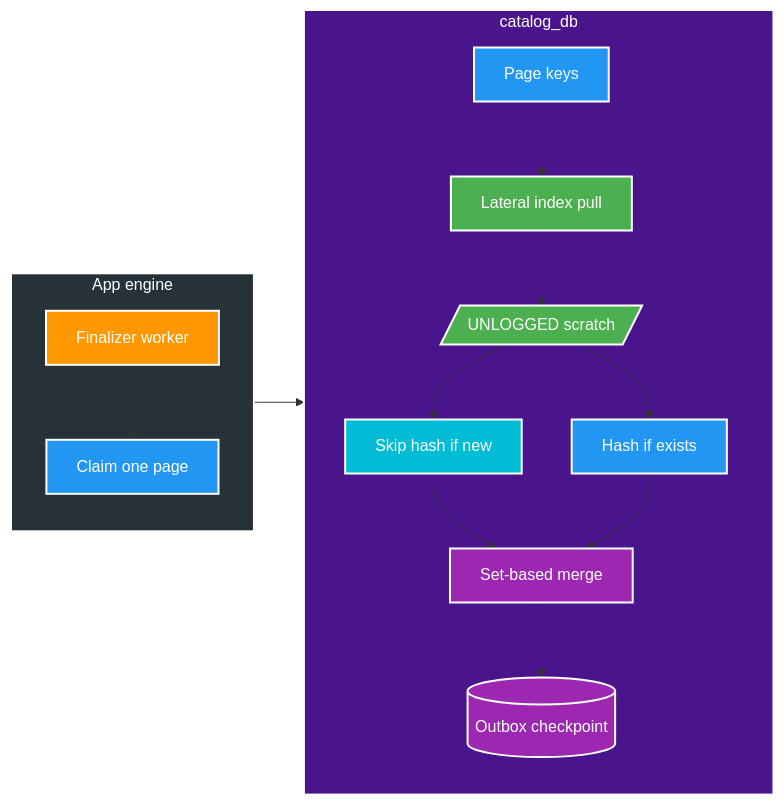
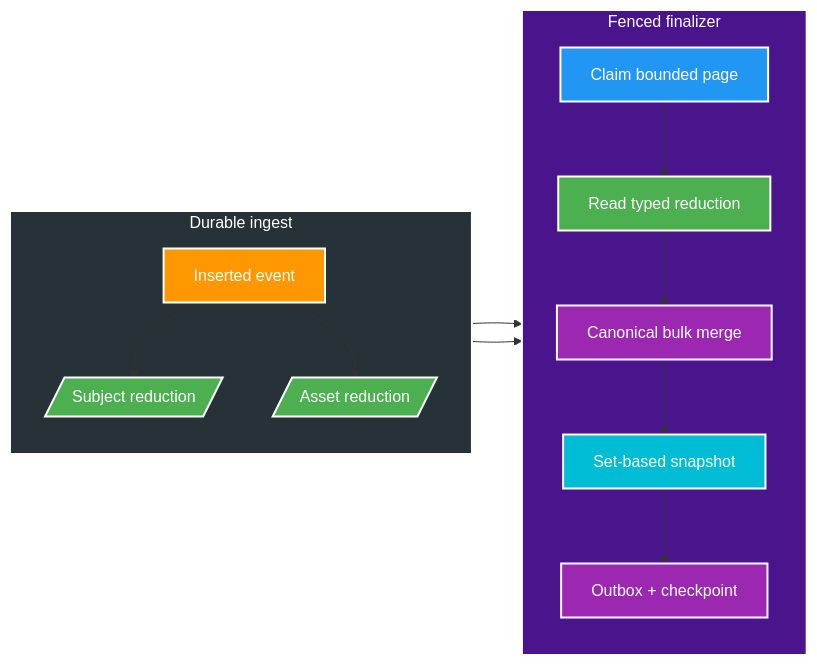
The second of 2 diagrams in docs/features/056-catalog-set-based-cte-merge/02-design.md (HungPhan200591/file-mngt-be-v2), drawn with Mermaid before and after one commit. The commit also changed other lines of this file and 6 other files, not shown here.

Commit message:
feat: optimize finalizer with durable typed reduction and direct merge

````diff
--- a/docs/features/056-catalog-set-based-cte-merge/02-design.md
+++ b/docs/features/056-catalog-set-based-cte-merge/02-design.md
@@ -47,29 +58,27 @@
 ```mermaid
 flowchart LR
-    subgraph APP["App engine"]
+    subgraph INGEST["Durable ingest"]
         direction TB
-        W["Finalizer worker"] --> CLAIM["Claim one page"]
+        EVENT["Inserted event"] --> SUBJECT[/"Subject reduction"/]
+        EVENT --> ASSET[/"Asset reduction"/]
     end
-    subgraph DB["catalog_db"]
+    subgraph FINAL["Fenced finalizer"]
         direction TB
-        PAGE["Page keys"] --> PULL["Lateral index pull"]
-        PULL --> SCRATCH[/"UNLOGGED scratch"/]
-        SCRATCH --> NEW["Skip hash if new"]
-        SCRATCH --> OLD["Hash if exists"]
-        NEW --> WRITE["Set-based merge"]
-        OLD --> WRITE
-        WRITE --> OUT[("Outbox checkpoint")]
+        CLAIM["Claim bounded page"] --> READ["Read typed reduction"]
+        READ --> MERGE["Canonical bulk merge"]
+        MERGE --> SNAP["Set-based snapshot"]
+        SNAP --> CHECK["Outbox + checkpoint"]
     end
-    CLAIM --> PAGE
-    style APP fill:#263238,stroke:#fff,stroke-width:2px,color:#fff
-    style W fill:#FF9800,stroke:#fff,stroke-width:2px,color:#fff
+    SUBJECT --> READ
+    ASSET --> READ
+    style INGEST fill:#263238,stroke:#fff,stroke-width:2px,color:#fff
+    style EVENT fill:#FF9800,stroke:#fff,stroke-width:2px,color:#fff
+    style SUBJECT fill:#4CAF50,stroke:#fff,stroke-width:2px,color:#fff
+    style ASSET fill:#4CAF50,stroke:#fff,stroke-width:2px,color:#fff
+    style FINAL fill:#4A148C,stroke:#fff,stroke-width:2px,color:#fff
     style CLAIM fill:#2196F3,stroke:#fff,stroke-width:2px,color:#fff
-    style DB fill:#4A148C,stroke:#fff,stroke-width:2px,color:#fff
-    style PAGE fill:#2196F3,stroke:#fff,stroke-width:2px,color:#fff
-    style PULL fill:#4CAF50,stroke:#fff,stroke-width:2px,color:#fff
-    style SCRATCH fill:#4CAF50,stroke:#fff,stroke-width:2px,color:#fff
-    style NEW fill:#00BCD4,stroke:#fff,stroke-width:2px,color:#fff
-    style OLD fill:#2196F3,stroke:#fff,stroke-width:2px,color:#fff
-    style WRITE fill:#9C27B0,stroke:#fff,stroke-width:2px,color:#fff
-    style OUT fill:#9C27B0,stroke:#fff,stroke-width:2px,color:#fff
+    style READ fill:#4CAF50,stroke:#fff,stroke-width:2px,color:#fff
+    style MERGE fill:#9C27B0,stroke:#fff,stroke-width:2px,color:#fff
+    style SNAP fill:#00BCD4,stroke:#fff,stroke-width:2px,color:#fff
+    style CHECK fill:#9C27B0,stroke:#fff,stroke-width:2px,color:#fff
 ```
````
